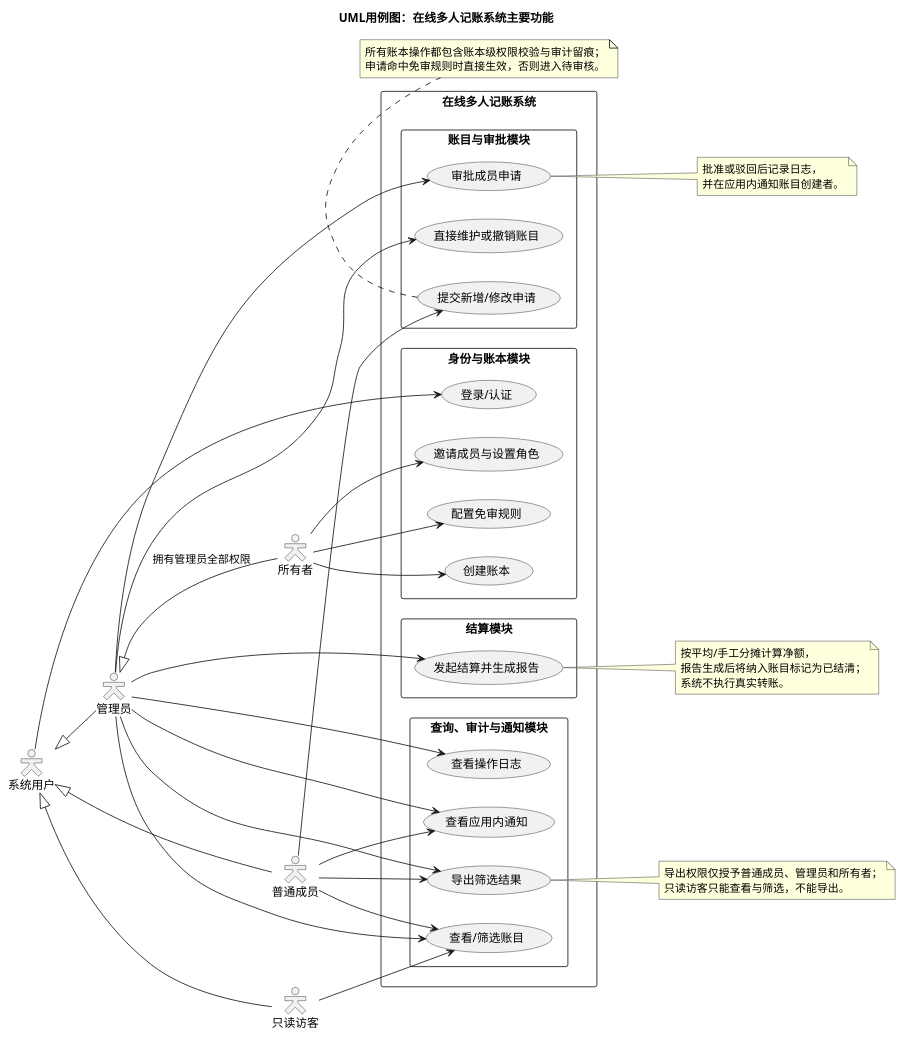
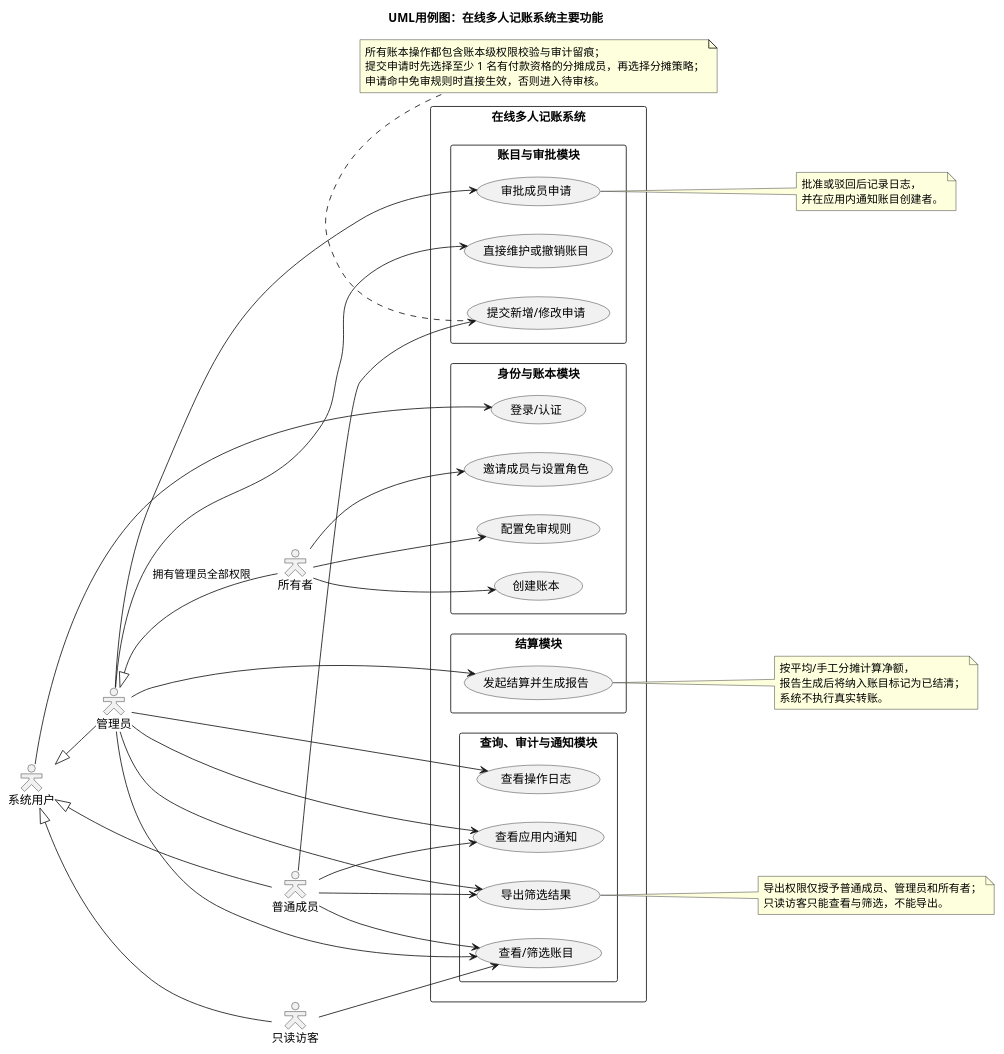
Before and after one commit to Hgx8724/multi-user-shared-accounting-system: the diagram in lab2/UML/UML用例图.puml, drawn with PlantUML. The commit also changed 13 other files, not shown here.

Commit message:
lab2: 人工修改及UML图

```diff
--- a/lab2/UML/UML用例图.puml
+++ b/lab2/UML/UML用例图.puml
@@ -1,98 +1,99 @@
 @startuml
 ' 行为性图：按账本角色展示系统主要用例
 skinparam backgroundColor #FFFFFF
 skinparam defaultFontName "Microsoft YaHei"
 skinparam shadowing false
 skinparam packageStyle rectangle
 skinparam actorStyle hollow
 skinparam nodesep 34
 skinparam ranksep 48
 left to right direction
 
 title UML用例图：在线多人记账系统主要功能
 
 actor "系统用户" as User
 actor "只读访客" as Viewer
 actor "普通成员" as Member
 actor "管理员" as Admin
 actor "所有者" as Owner
 
 User <|-- Viewer
 User <|-- Member
 User <|-- Admin
 Admin <|-- Owner : 拥有管理员全部权限
 
 rectangle "在线多人记账系统" {
   package "身份与账本模块" {
     usecase "登录/认证" as UC_Login
     usecase "创建账本" as UC_CreateLedger
     usecase "邀请成员与设置角色" as UC_Member
     usecase "配置免审规则" as UC_Exempt
   }
 
   package "账目与审批模块" {
     usecase "提交新增/修改申请" as UC_Apply
     usecase "审批成员申请" as UC_Approve
     usecase "直接维护或撤销账目" as UC_Maintain
   }
 
   package "结算模块" {
     usecase "发起结算并生成报告" as UC_Settle
   }
 
   package "查询、审计与通知模块" {
     usecase "查看/筛选账目" as UC_View
     usecase "导出筛选结果" as UC_Export
     usecase "查看操作日志" as UC_Audit
     usecase "查看应用内通知" as UC_Notice
   }
 }
 
 ' 通用登录
 User --> UC_Login
 
 ' 所有者独有功能
 Owner --> UC_CreateLedger
 Owner --> UC_Member
 Owner --> UC_Exempt
 
 ' 管理员功能；所有者通过继承获得
 Admin --> UC_Approve
 Admin --> UC_Maintain
 Admin --> UC_Settle
 Admin --> UC_View
 Admin --> UC_Export
 Admin --> UC_Audit
 Admin --> UC_Notice
 
 ' 普通成员功能
 Member --> UC_Apply
 Member --> UC_View
 Member --> UC_Export
 Member --> UC_Notice
 
 ' 只读访客功能
 Viewer --> UC_View
 
 note bottom of UC_Apply
   所有账本操作都包含账本级权限校验与审计留痕；
+  提交申请时先选择至少 1 名有付款资格的分摊成员，再选择分摊策略；
   申请命中免审规则时直接生效，否则进入待审核。
 end note
 
 note right of UC_Approve
   批准或驳回后记录日志，
   并在应用内通知账目创建者。
 end note
 
 note right of UC_Settle
   按平均/手工分摊计算净额，
   报告生成后将纳入账目标记为已结清；
   系统不执行真实转账。
 end note
 
 note right of UC_Export
   导出权限仅授予普通成员、管理员和所有者；
   只读访客只能查看与筛选，不能导出。
 end note
 
 @enduml
```
